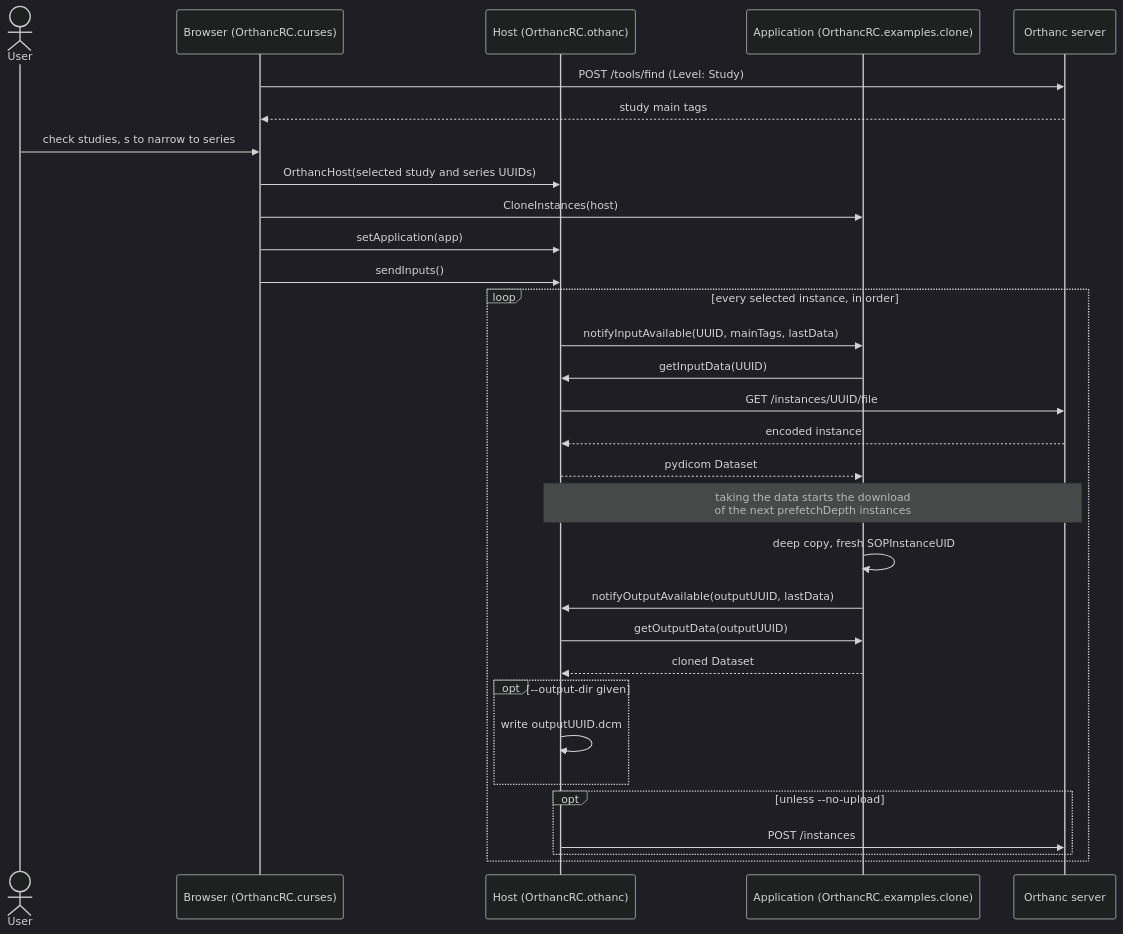
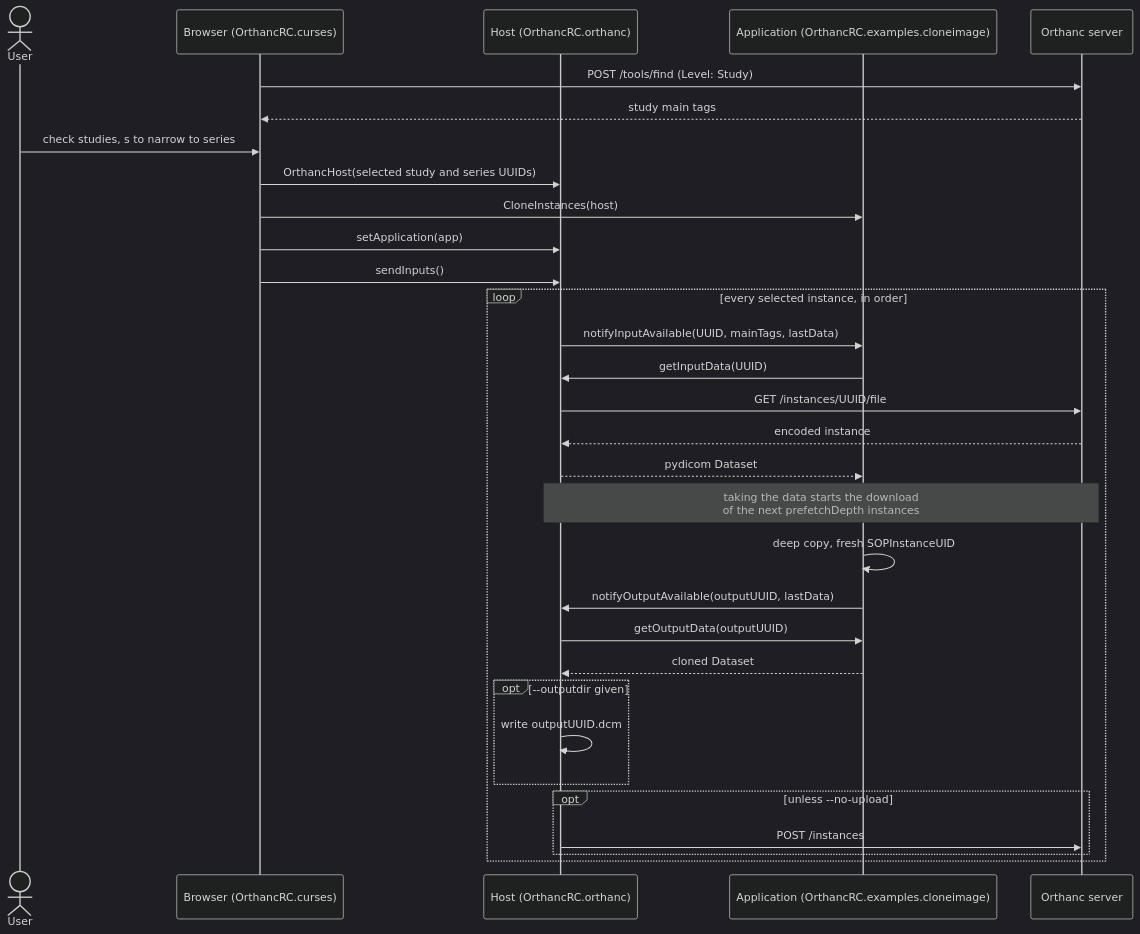
One commit to retsil/Orthanc-Restful-Chooser changed the second of 2 diagrams in readme.md. Above: the diagram before and after it, drawn with Mermaid (dark theme). The commit also changed other lines of this file and 26 other files, not shown here.

````diff
--- a/readme.md
+++ b/readme.md
@@ -241,35 +224,35 @@
 ```mermaid
 sequenceDiagram
     actor User
     participant B as Browser (OrthancRC.curses)
-    participant H as Host (OrthancRC.othanc)
-    participant A as Application (OrthancRC.examples.clone)
+    participant H as Host (OrthancRC.orthanc)
+    participant A as Application (OrthancRC.examples.cloneimage)
     participant O as Orthanc server
 
     B->>O: POST /tools/find (Level: Study)
     O-->>B: study main tags
     User->>B: check studies, s to narrow to series
     B->>H: OrthancHost(selected study and series UUIDs)
     B->>A: CloneInstances(host)
     B->>H: setApplication(app)
     B->>H: sendInputs()
 
     loop every selected instance, in order
         H->>A: notifyInputAvailable(UUID, mainTags, lastData)
         A->>H: getInputData(UUID)
         H->>O: GET /instances/UUID/file
         O-->>H: encoded instance
         H-->>A: pydicom Dataset
         Note over H,O: taking the data starts the download<br/>of the next prefetchDepth instances
         A->>A: deep copy, fresh SOPInstanceUID
         A->>H: notifyOutputAvailable(outputUUID, lastData)
         H->>A: getOutputData(outputUUID)
         A-->>H: cloned Dataset
-        opt --output-dir given
+        opt --outputdir given
             H->>H: write outputUUID.dcm
         end
         opt unless --no-upload
             H->>O: POST /instances
         end
     end
 ```
````
